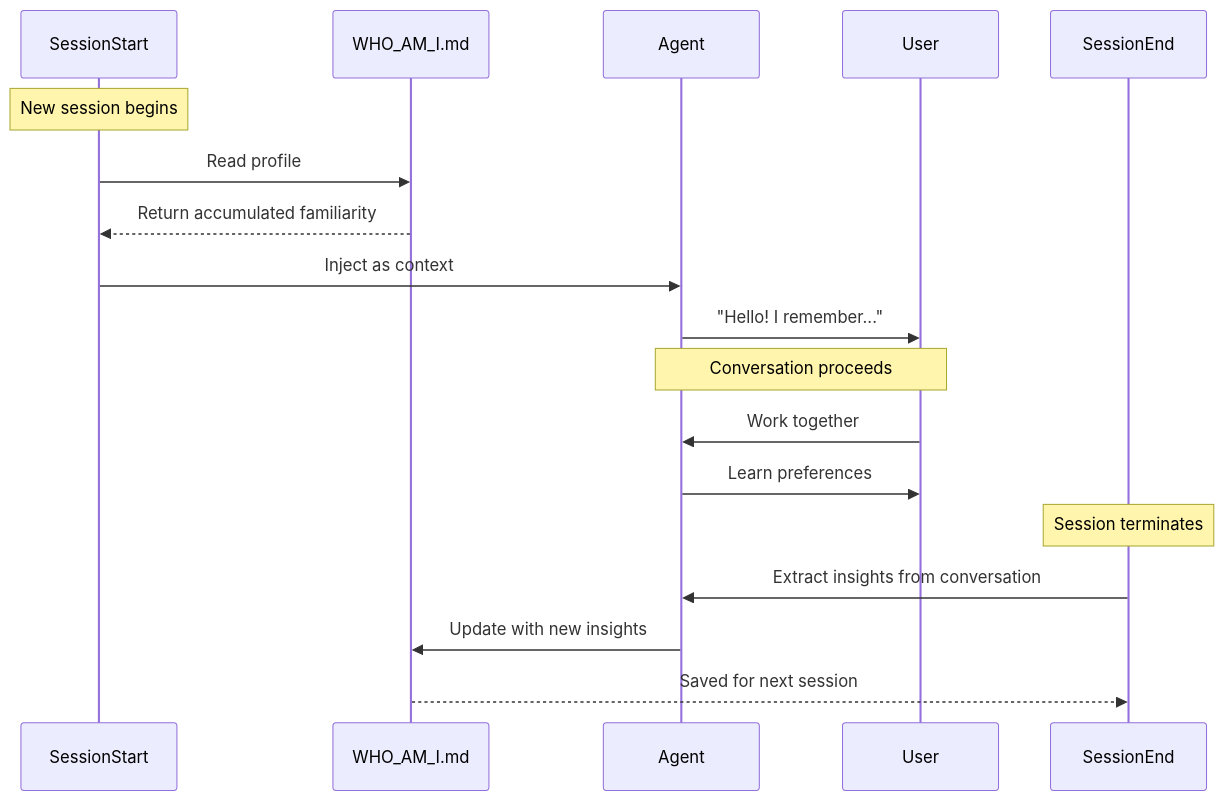
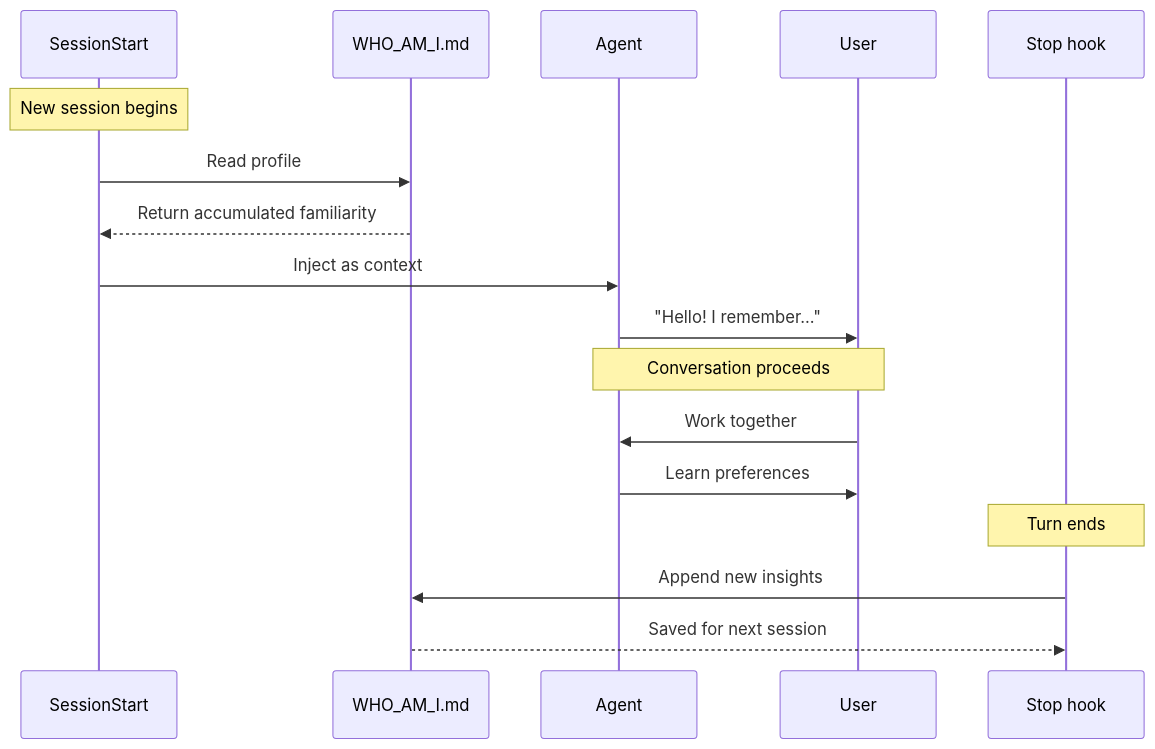
The diagram in patterns/self-identity-accumulation.md (nibzard/awesome-agentic-patterns), drawn with Mermaid before and after one commit. The commit also changed other lines of this file and 66 other files, not shown here.

````diff
--- a/patterns/self-identity-accumulation.md
+++ b/patterns/self-identity-accumulation.md
@@ -37,24 +38,23 @@
 ```mermaid
 sequenceDiagram
     participant SessionStart
     participant IdentityFile as WHO_AM_I.md
     participant Agent
     participant User
-    participant SessionEnd
+    participant StopHook as Stop hook
 
     Note over SessionStart: New session begins
     SessionStart->>IdentityFile: Read profile
     IdentityFile-->>SessionStart: Return accumulated familiarity
     SessionStart->>Agent: Inject as context
 
     Agent->>User: "Hello! I remember..."
 
     Note over Agent,User: Conversation proceeds
     User->>Agent: Work together
     Agent->>User: Learn preferences
 
-    Note over SessionEnd: Session terminates
-    SessionEnd->>Agent: Extract insights from conversation
-    Agent->>IdentityFile: Update with new insights
-    IdentityFile-->>SessionEnd: Saved for next session
+    Note over StopHook: Turn ends
+    StopHook->>IdentityFile: Append new insights
+    IdentityFile-->>StopHook: Saved for next session
 ```
````
